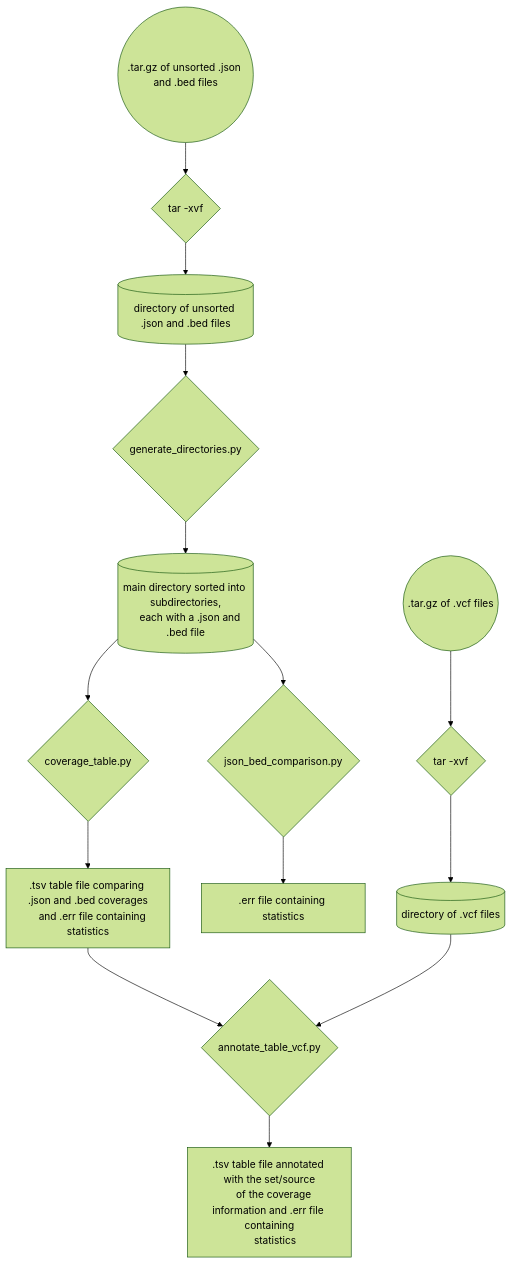
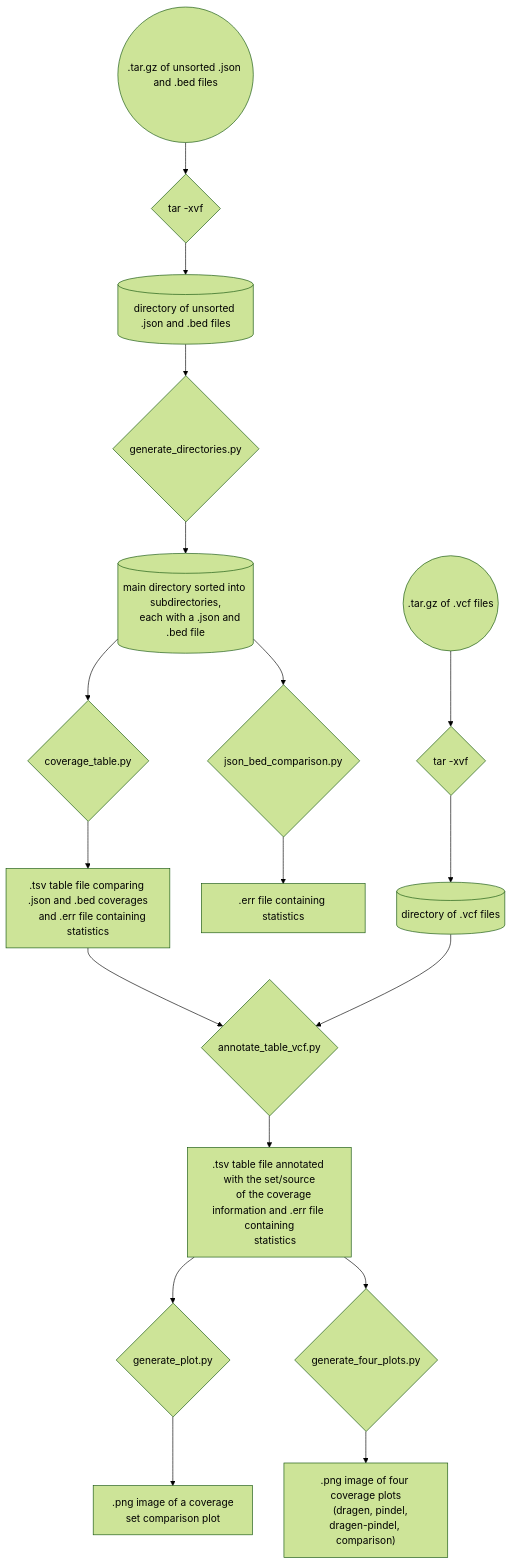
Before and after one commit to jaq-lagnirac/myeloseq-jaq: the diagram in py/README.md, drawn with Mermaid (forest theme). The commit also changed other lines of this file, not shown here.

Commit message:
Updated README.md with plot generation

````diff
--- a/py/README.md
+++ b/py/README.md
@@ -15,35 +19,45 @@
 ```mermaid
 flowchart TD
     originalstate1((".tar.gz of unsorted .json and .bed files"))
     action1{"tar -xvf"}
     state2[("directory of unsorted .json and .bed files")]
     action2{"generate_directories.py"}
     state3[("main directory sorted into subdirectories,
     each with a .json and .bed file")]
     action3{"coverage_table.py"}
     action35{"json_bed_comparison.py"}
     state4[".tsv table file comparing .json and .bed coverages
     and .err file containing statistics"]
     state45[".err file containing statistics"]
     originalstate2((".tar.gz of .vcf files"))
     action21{"tar -xvf"}
     state22[("directory of .vcf files")]
     action4{"annotate_table_vcf.py"}
     state5[".tsv table file annotated with the set/source
     of the coverage information and .err file containing
     statistics"]
+    action5{"generate_plot.py"}
+    action55{"generate_four_plots.py"}
+    state6[".png image of a coverage
+    set comparison plot"]
+    state65[".png image of four coverage plots
+    (dragen, pindel, dragen-pindel, comparison)"]
 
     originalstate1 --> action1
     action1 --> state2
     state2 --> action2
     action2 --> state3
     state3 --> action3
     state3 --> action35
     action3 --> state4
     state4 --> action4
     action35 --> state45
     originalstate2 --> action21
     action21 --> state22
     state22 --> action4
     action4 --> state5
+    state5 --> action5
+    state5 --> action55
+    action5 --> state6
+    action55 --> state65
 ```
````
